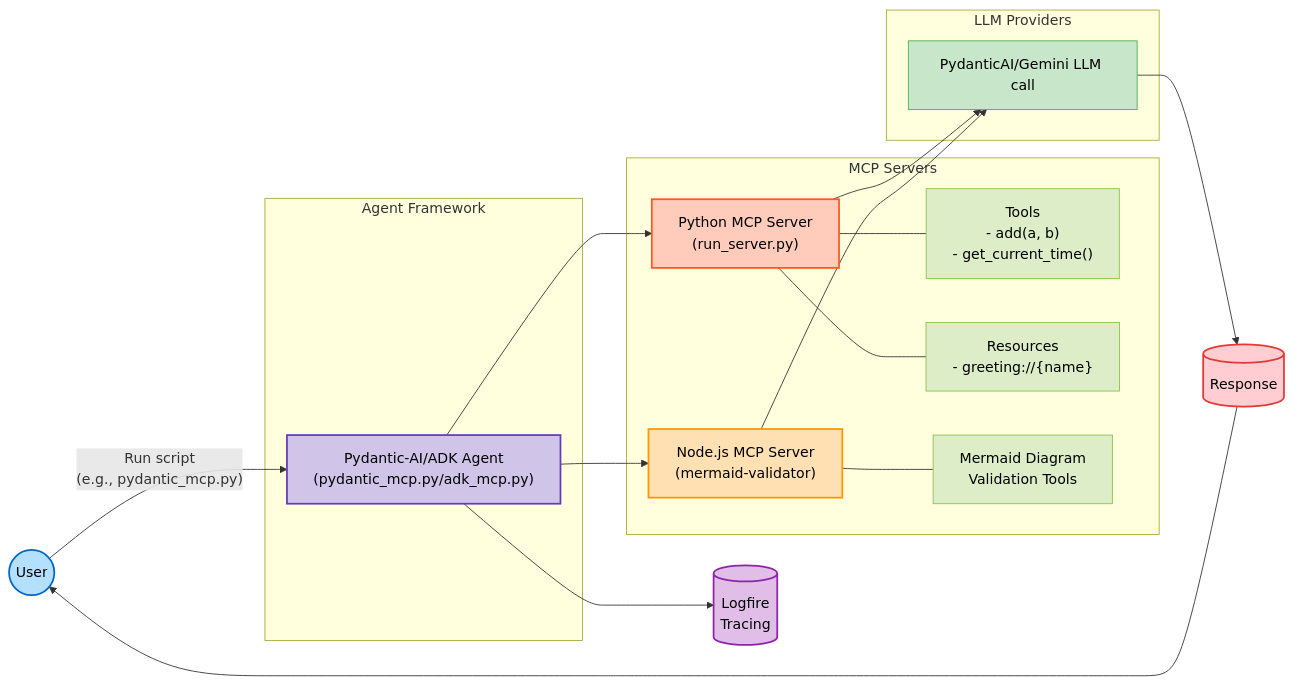
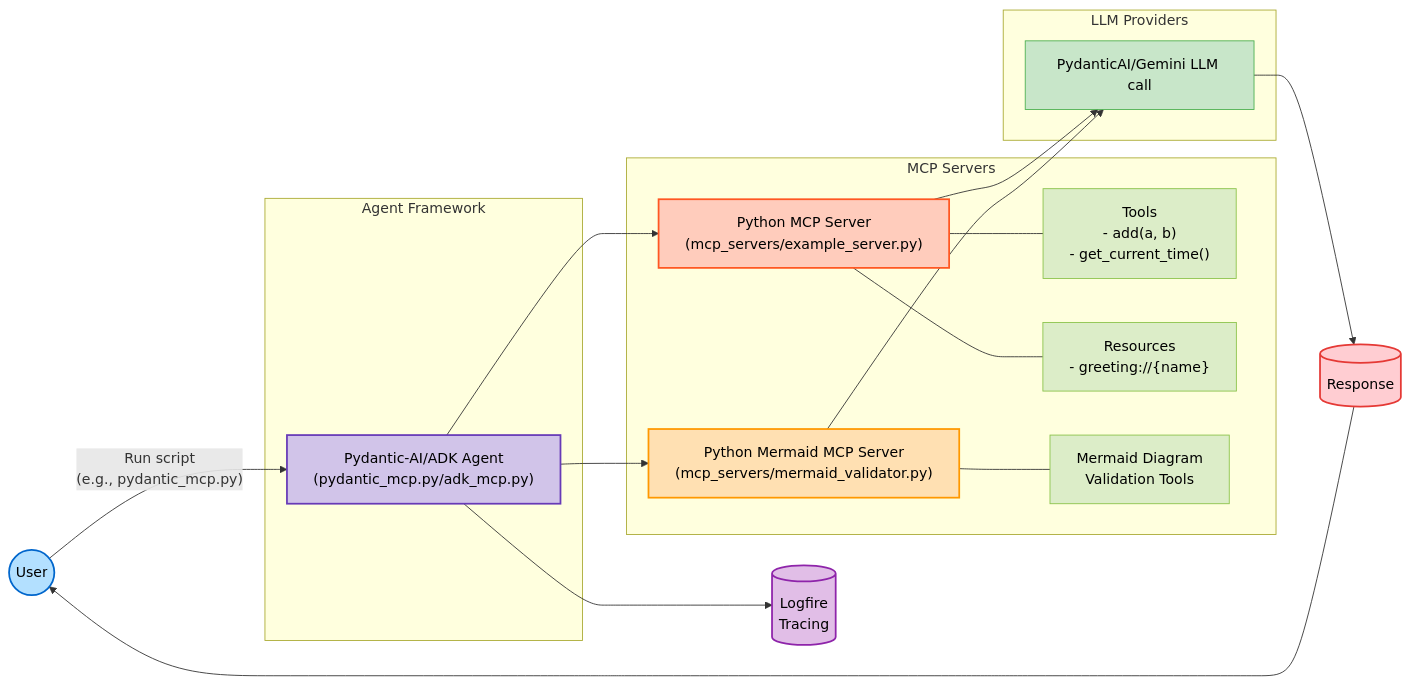
Before and after one commit to andrewginns/agents-mcp-usage: the first of 2 diagrams in agents_mcp_usage/multi_mcp/README.md, drawn with Mermaid. The commit also changed other lines of this file and 11 other files, not shown here.

Commit message:
chore: Update README and examples to reflect new Python MCP server structure and usage

````diff
--- a/agents_mcp_usage/multi_mcp/README.md
+++ b/agents_mcp_usage/multi_mcp/README.md
@@ -32,59 +32,59 @@
 ```mermaid
 graph LR
     User((User)) --> |"Run script<br>(e.g., pydantic_mcp.py)"| Agent
 
     subgraph "Agent Framework"
         Agent["Pydantic-AI/ADK Agent<br>(pydantic_mcp.py/adk_mcp.py)"]
     end
 
     subgraph "MCP Servers"
-        PythonMCP["Python MCP Server<br>(run_server.py)"]
-        NodeMCP["Node.js MCP Server<br>(mermaid-validator)"]
+        PythonMCP["Python MCP Server<br>(mcp_servers/example_server.py)"]
+        MermaidMCP["Python Mermaid MCP Server<br>(mcp_servers/mermaid_validator.py)"]
         
         Tools["Tools<br>- add(a, b)<br>- get_current_time()"]
         Resources["Resources<br>- greeting://{name}"]
         MermaidValidator["Mermaid Diagram<br>Validation Tools"]
         
         PythonMCP --- Tools
         PythonMCP --- Resources
-        NodeMCP --- MermaidValidator
+        MermaidMCP --- MermaidValidator
     end
 
     subgraph "LLM Providers"
         LLMs["PydanticAI/Gemini LLM call"]
     end
     
     Logfire[("Logfire<br>Tracing")]
     
     Agent --> PythonMCP
-    Agent --> NodeMCP
+    Agent --> MermaidMCP
     
     PythonMCP --> LLMs
-    NodeMCP --> LLMs
+    MermaidMCP --> LLMs
     
     Agent --> Logfire
     
     LLM_Response[("Response")] --> User
     LLMs --> LLM_Response
 
     %% Node styling for better dark/light mode readability
     classDef userNode fill:#b3e0ff,stroke:#0066cc,stroke-width:2px,color:#000000;
     classDef agentNode fill:#d1c4e9,stroke:#673ab7,stroke-width:2px,color:#000000;
     classDef mcpNode fill:#ffccbc,stroke:#ff5722,stroke-width:2px,color:#000000;
     classDef pythonMcpNode fill:#ffccbc,stroke:#ff5722,stroke-width:2px,color:#000000;
     classDef nodeMcpNode fill:#ffe0b2,stroke:#ff9800,stroke-width:2px,color:#000000;
     classDef toolNode fill:#dcedc8,stroke:#8bc34a,stroke-width:1px,color:#000000;
     classDef llmNode fill:#c8e6c9,stroke:#4caf50,stroke-width:1px,color:#000000;
     classDef outputNode fill:#ffcdd2,stroke:#e53935,stroke-width:2px,color:#000000;
     classDef logNode fill:#e1bee7,stroke:#8e24aa,stroke-width:2px,color:#000000;
 
     %% Apply styles to nodes
     class User userNode;
     class Agent agentNode;
     class PythonMCP pythonMcpNode;
-    class NodeMCP nodeMcpNode;
+    class MermaidMCP nodeMcpNode;
     class Tools,Resources,MermaidValidator toolNode;
     class LLMs llmNode;
     class LLM_Response outputNode;
     class Logfire logNode;
 ```
````
